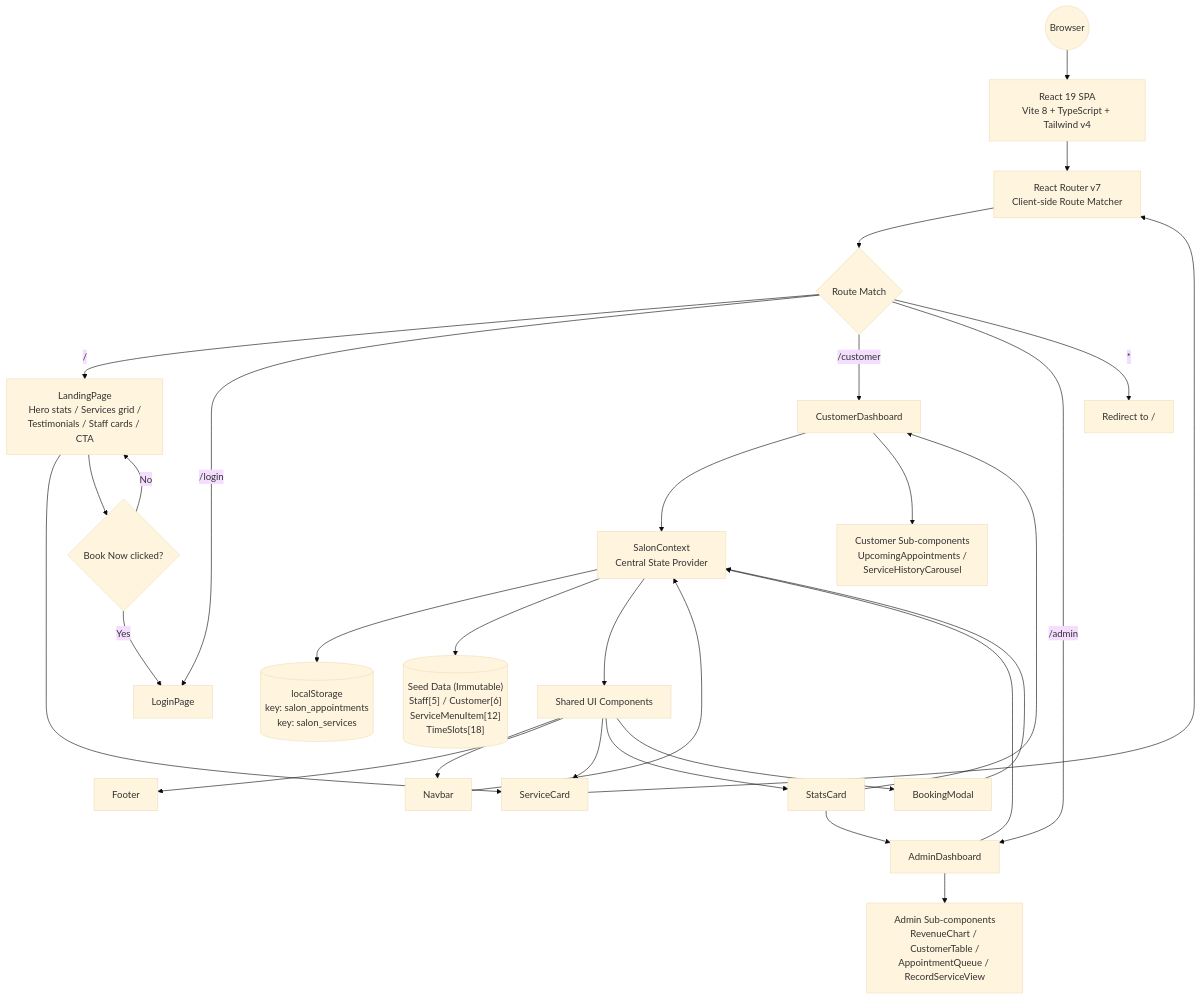
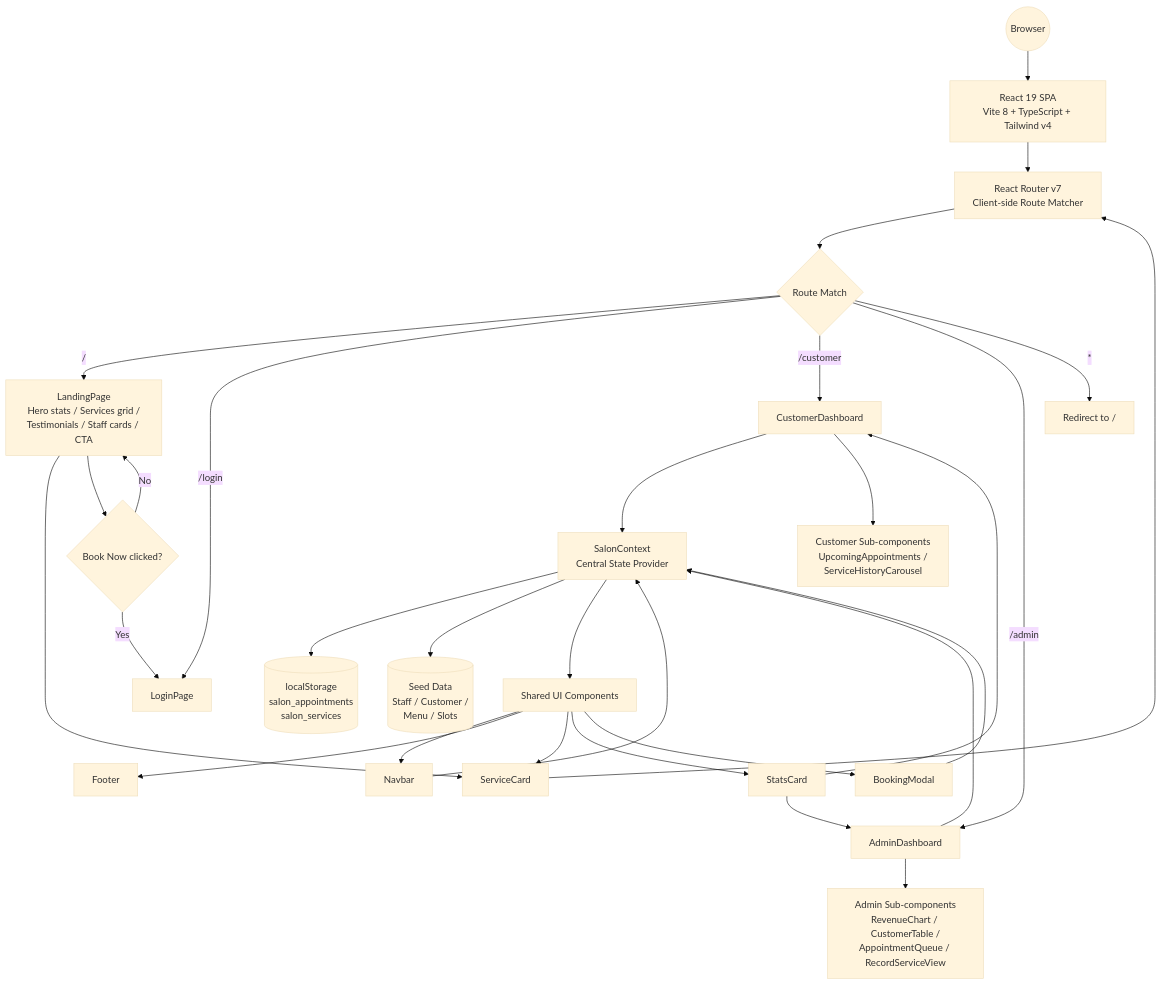
The first of 2 diagrams in README.md (pandadoor/crm), drawn with Mermaid (base theme) before and after one commit. The commit also changed other lines of this file, not shown here.

Commit message:
Fix Mermaid nested bracket syntax that caused render errors

````diff
--- a/README.md
+++ b/README.md
@@ -52,34 +52,34 @@
 ```mermaid
 graph TD
     ENTRY(("Browser")) --> SPA["React 19 SPA<br/>Vite 8 + TypeScript + Tailwind v4"]
     SPA --> ROUTER["React Router v7<br/>Client-side Route Matcher"]
     ROUTER --> RESOLVE{"Route Match"}
     RESOLVE -->|"/"| LANDING["LandingPage<br/>Hero stats / Services grid /<br/>Testimonials / Staff cards / CTA"]
     RESOLVE -->|"/login"| LOGIN["LoginPage"]
     RESOLVE -->|"/customer"| CUSTOMER["CustomerDashboard"]
     RESOLVE -->|"/admin"| ADMIN["AdminDashboard"]
     RESOLVE -->|"*"| CATCHALL["Redirect to /"]
 
     CUSTOMER --> CTX["SalonContext<br/>Central State Provider"]
     ADMIN --> CTX
-    CTX --> STORE[("localStorage<br/>key: salon_appointments<br/>key: salon_services")]
-    CTX --> SEED[("Seed Data (Immutable)<br/>Staff[5] / Customer[6]<br/>ServiceMenuItem[12]<br/>TimeSlots[18]")]
+    CTX --> STORE[(localStorage<br/>salon_appointments<br/>salon_services)]
+    CTX --> SEED[(Seed Data<br/>Staff / Customer /<br/>Menu / Slots)]
     CTX --> UI["Shared UI Components"]
     UI --> NAV["Navbar"]
     UI --> FOOT["Footer"]
     UI --> SCARD["ServiceCard"]
     UI --> STATS["StatsCard"]
     UI --> MODAL["BookingModal"]
     NAV --> CTX
     SCARD --> ROUTER
     STATS --> CUSTOMER
     STATS --> ADMIN
     MODAL --> CTX
 
     LANDING --> SCARD
     ADMIN --> COMP["Admin Sub-components<br/>RevenueChart / CustomerTable /<br/>AppointmentQueue / RecordServiceView"]
     CUSTOMER --> COMP2["Customer Sub-components<br/>UpcomingAppointments /<br/>ServiceHistoryCarousel"]
     LANDING --> LINK{"Book Now clicked?"}
     LINK -->|Yes| LOGIN
     LINK -->|No| LANDING
 ```
````
